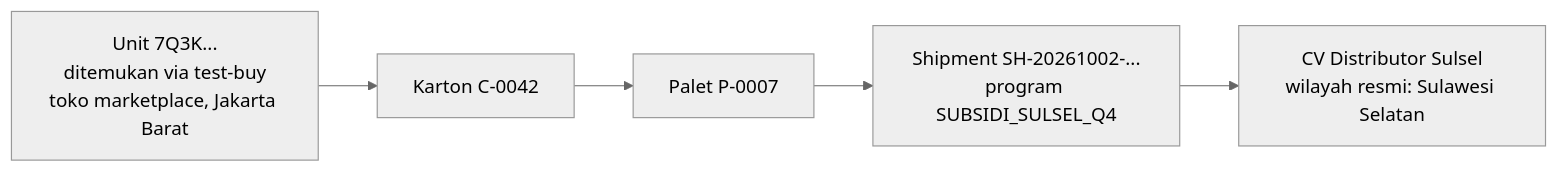
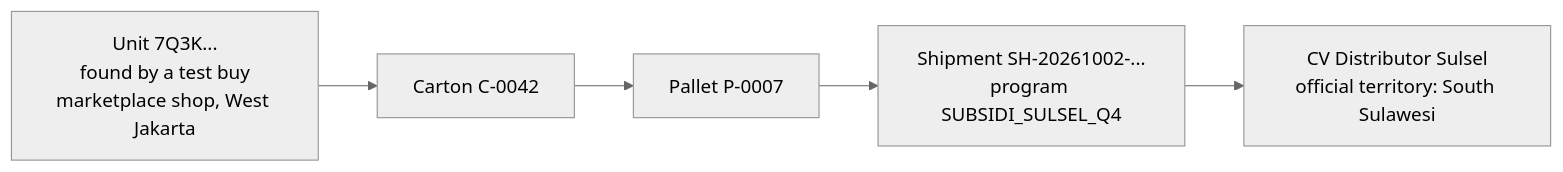
One commit to mydisha/mganik changed the first of 2 diagrams in PRODUCT_DEFENSE.md. Above: the diagram before and after it, drawn with Mermaid (neutral theme). The commit also changed other lines of this file and 4 other files, not shown here.

````diff
--- a/PRODUCT_DEFENSE.md
+++ b/PRODUCT_DEFENSE.md
@@ -145,7 +148,7 @@
 ```mermaid
 flowchart LR
-  U["Unit 7Q3K...<br/>ditemukan via test-buy<br/>toko marketplace, Jakarta Barat"] --> C["Karton C-0042"]
-  C --> P["Palet P-0007"]
+  U["Unit 7Q3K...<br/>found by a test buy<br/>marketplace shop, West Jakarta"] --> C["Carton C-0042"]
+  C --> P["Pallet P-0007"]
   P --> S["Shipment SH-20261002-...<br/>program SUBSIDI_SULSEL_Q4"]
-  S --> D["CV Distributor Sulsel<br/>wilayah resmi: Sulawesi Selatan"]
+  S --> D["CV Distributor Sulsel<br/>official territory: South Sulawesi"]
 ```
````
